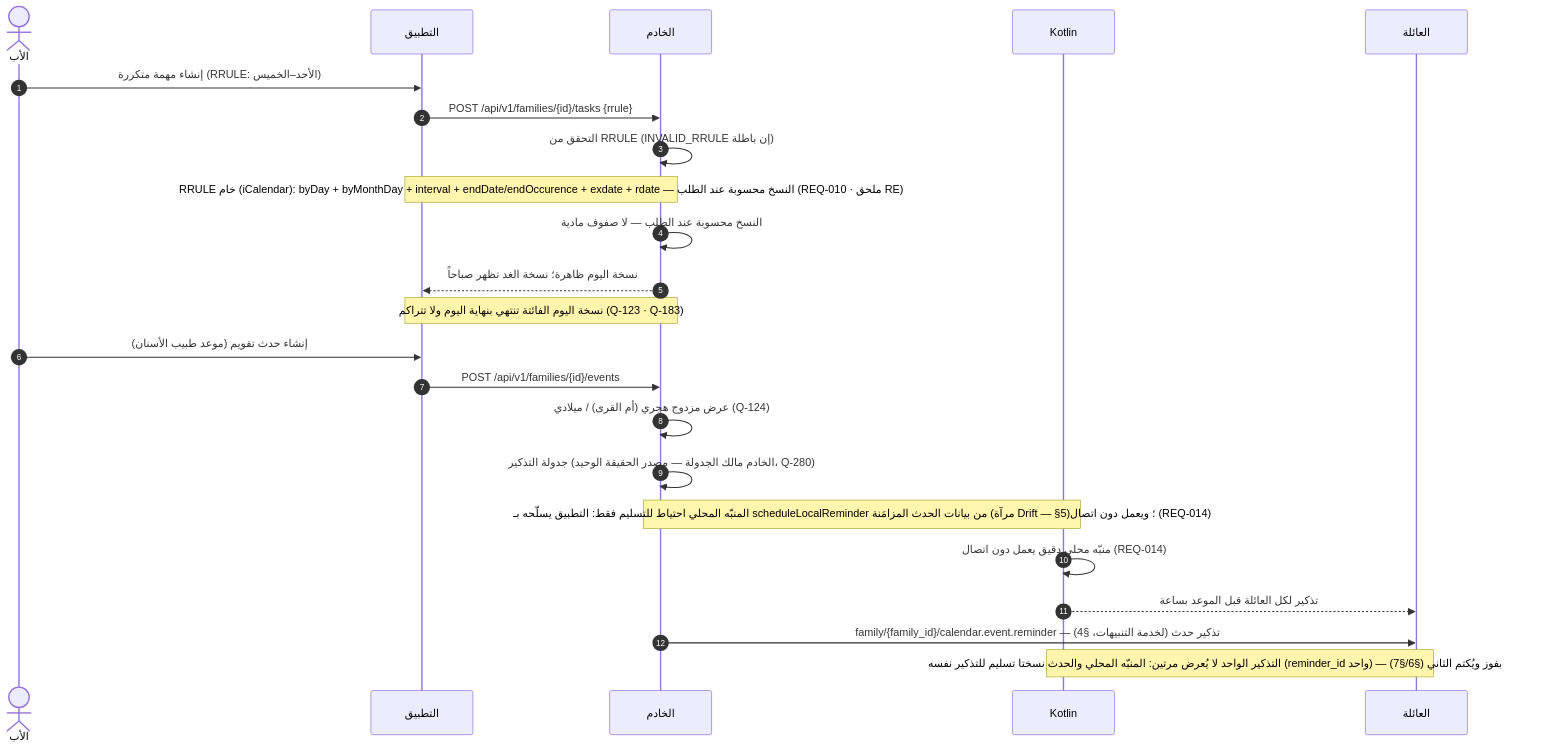
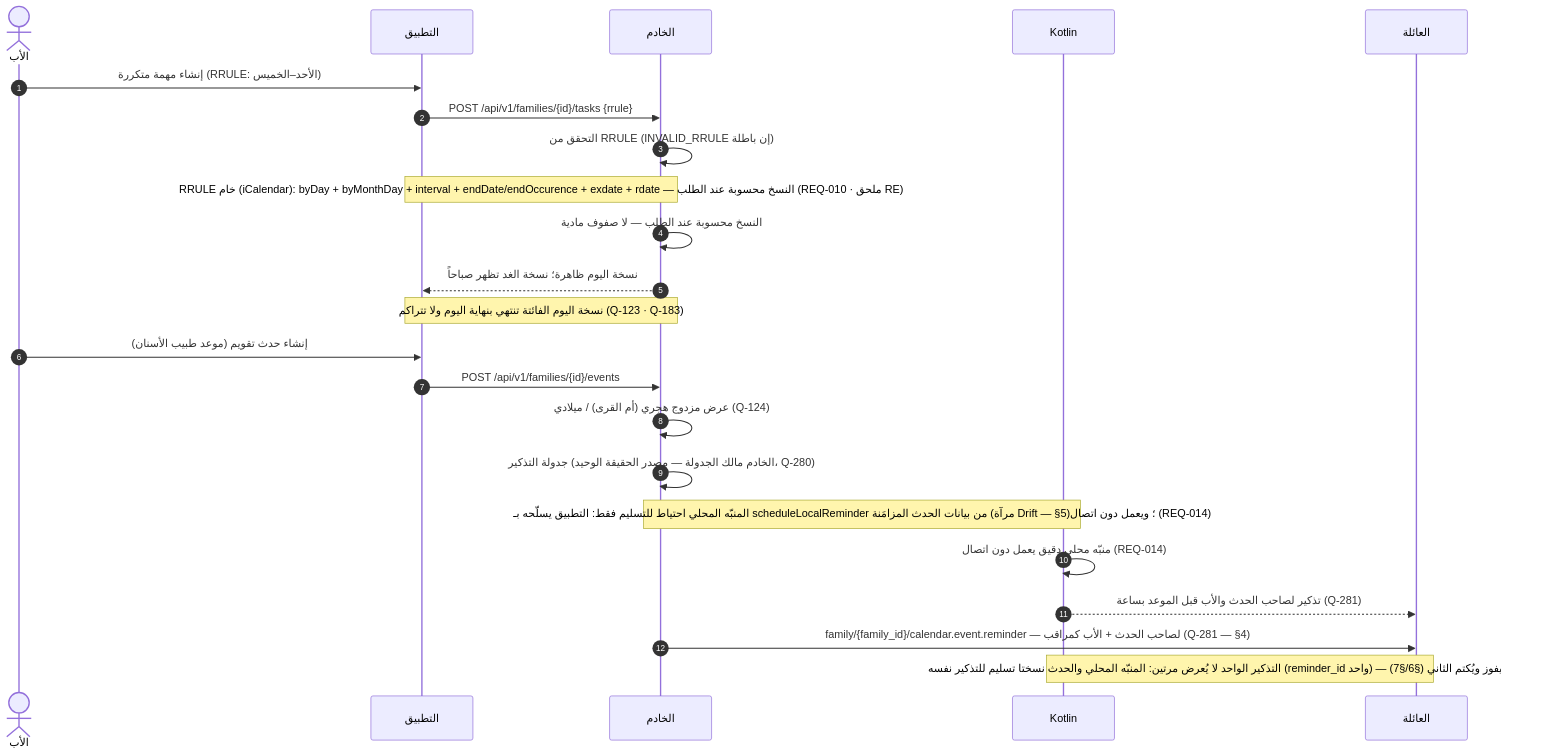
One commit to Bassam-mohammed-alqaeadi/family-os-v2 changed the seventh of 12 diagrams in docs/family-os/governance/phases/phase-1/S1-06-tasks-and-calendar/DIAGRAMS.md. Above: the diagram before and after it, drawn with Mermaid. The commit also changed other lines of this file and 1 other file, not shown here.

First line of the commit message:
S1-06: مشتركا calendar.event.reminder = صاحب الحدث + الأب (Q-281 — R2-S106-15)

````diff
--- a/docs/family-os/governance/phases/phase-1/S1-06-tasks-and-calendar/DIAGRAMS.md
+++ b/docs/family-os/governance/phases/phase-1/S1-06-tasks-and-calendar/DIAGRAMS.md
@@ -301,25 +300,25 @@
 ```mermaid
 sequenceDiagram
     autonumber
     actor Father as الأب
     participant App as التطبيق
     participant Ktor as الخادم
     participant K as Kotlin
     participant Family as العائلة
     Father->>App: إنشاء مهمة متكررة (RRULE: الأحد–الخميس)
     App->>Ktor: POST /api/v1/families/{id}/tasks {rrule}
     Ktor->>Ktor: التحقق من RRULE (INVALID_RRULE إن باطلة)
     Note over Ktor,App: RRULE خام (iCalendar): byDay + byMonthDay + interval + endDate/endOccurence + exdate + rdate — النسخ محسوبة عند الطلب (REQ-010 · ملحق RE)
     Ktor->>Ktor: النسخ محسوبة عند الطلب — لا صفوف مادية
     Ktor-->>App: نسخة اليوم ظاهرة؛ نسخة الغد تظهر صباحاً
     Note over Ktor,App: نسخة اليوم الفائتة تنتهي بنهاية اليوم ولا تتراكم (Q-123 · Q-183)
     Father->>App: إنشاء حدث تقويم (موعد طبيب الأسنان)
     App->>Ktor: POST /api/v1/families/{id}/events
     Ktor->>Ktor: عرض مزدوج هجري (أم القرى) / ميلادي (Q-124)
     Ktor->>Ktor: جدولة التذكير (الخادم مالك الجدولة — مصدر الحقيقة الوحيد، Q-280)
     Note over Ktor,K: المنبّه المحلي احتياط للتسليم فقط: التطبيق يسلّحه بـ scheduleLocalReminder من بيانات الحدث المزامَنة (مرآة Drift — §5)؛ ويعمل دون اتصال (REQ-014)
     K->>K: منبّه محلي دقيق يعمل دون اتصال (REQ-014)
-    K-->>Family: تذكير لكل العائلة قبل الموعد بساعة
-    Ktor->>Family: family/{family_id}/calendar.event.reminder — تذكير حدث (لخدمة التنبيهات، §4)
+    K-->>Family: تذكير لصاحب الحدث والأب قبل الموعد بساعة (Q-281)
+    Ktor->>Family: family/{family_id}/calendar.event.reminder — لصاحب الحدث + الأب كمراقب (Q-281 — §4)
     Note over K,Family: التذكير الواحد لا يُعرض مرتين: المنبّه المحلي والحدث نسختا تسليم للتذكير نفسه (reminder_id واحد) — أول وصول يفوز ويُكتم الثاني (§6/§7)
 ```
````
